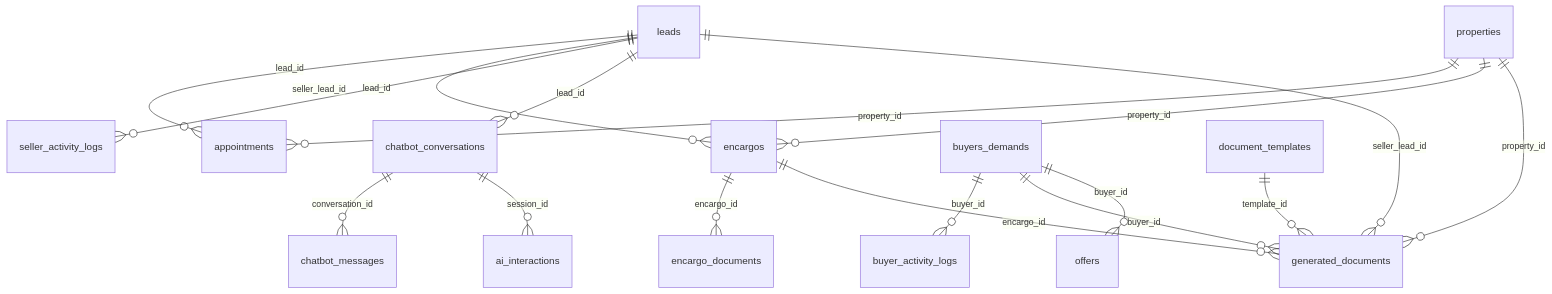
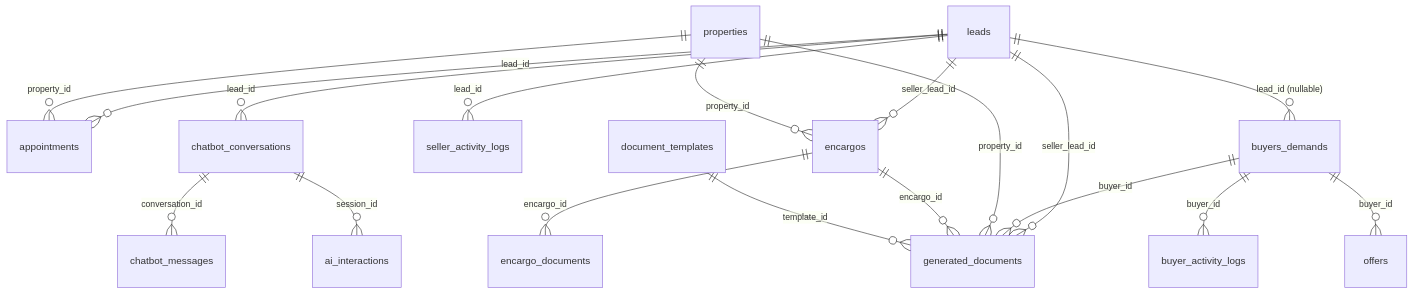
One commit to alvarolopeez/Tu_Asesor_V2 changed the second of 2 diagrams in docs/CRM-GUIDE.md. Above: the diagram before and after it, drawn with Mermaid. The commit also changed other lines of this file and 1 other file, not shown here.

First line of the commit message:
feat(ola5/R9+docs): BuyerRegistrationModal escribe lead_id + CRM-GUIDE.md actualizado

````diff
--- a/docs/CRM-GUIDE.md
+++ b/docs/CRM-GUIDE.md
@@ -55,24 +55,26 @@
 ```mermaid
 erDiagram
     leads ||--o{ appointments : "lead_id"
     leads ||--o{ encargos : "seller_lead_id"
     leads ||--o{ seller_activity_logs : "lead_id"
     leads ||--o{ chatbot_conversations : "lead_id"
     leads ||--o{ generated_documents : "seller_lead_id"
+
+    leads ||--o{ buyers_demands : "lead_id (nullable)"
 
     buyers_demands ||--o{ buyer_activity_logs : "buyer_id"
     buyers_demands ||--o{ generated_documents : "buyer_id"
     buyers_demands ||--o{ offers : "buyer_id"
 
     properties ||--o{ appointments : "property_id"
     properties ||--o{ encargos : "property_id"
     properties ||--o{ generated_documents : "property_id"
 
     encargos ||--o{ encargo_documents : "encargo_id"
     encargos ||--o{ generated_documents : "encargo_id"
 
     document_templates ||--o{ generated_documents : "template_id"
 
     chatbot_conversations ||--o{ chatbot_messages : "conversation_id"
     chatbot_conversations ||--o{ ai_interactions : "session_id"
 ```
````
